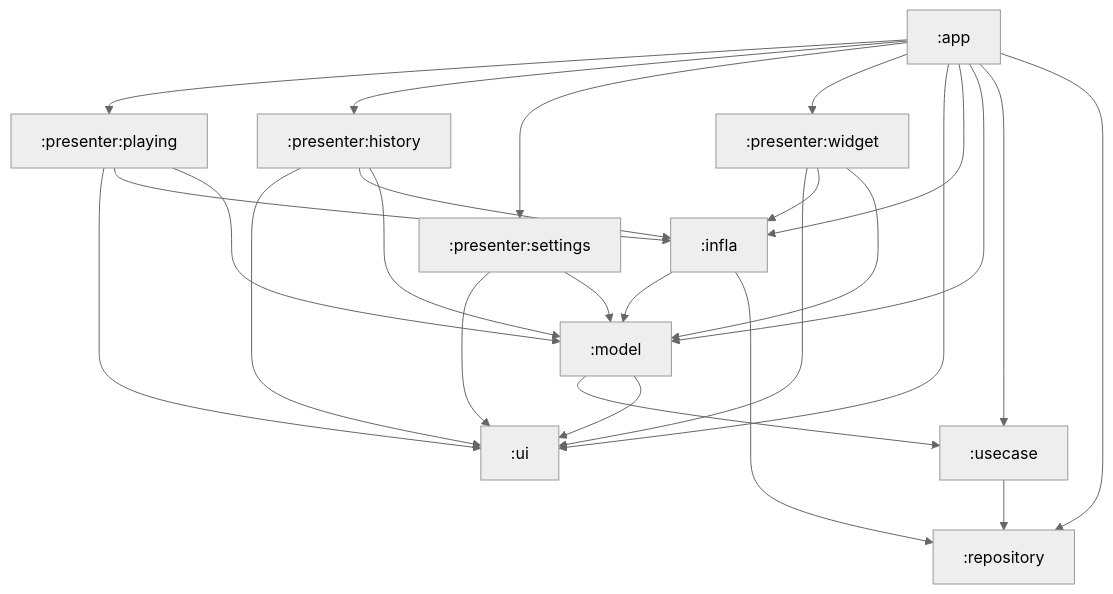
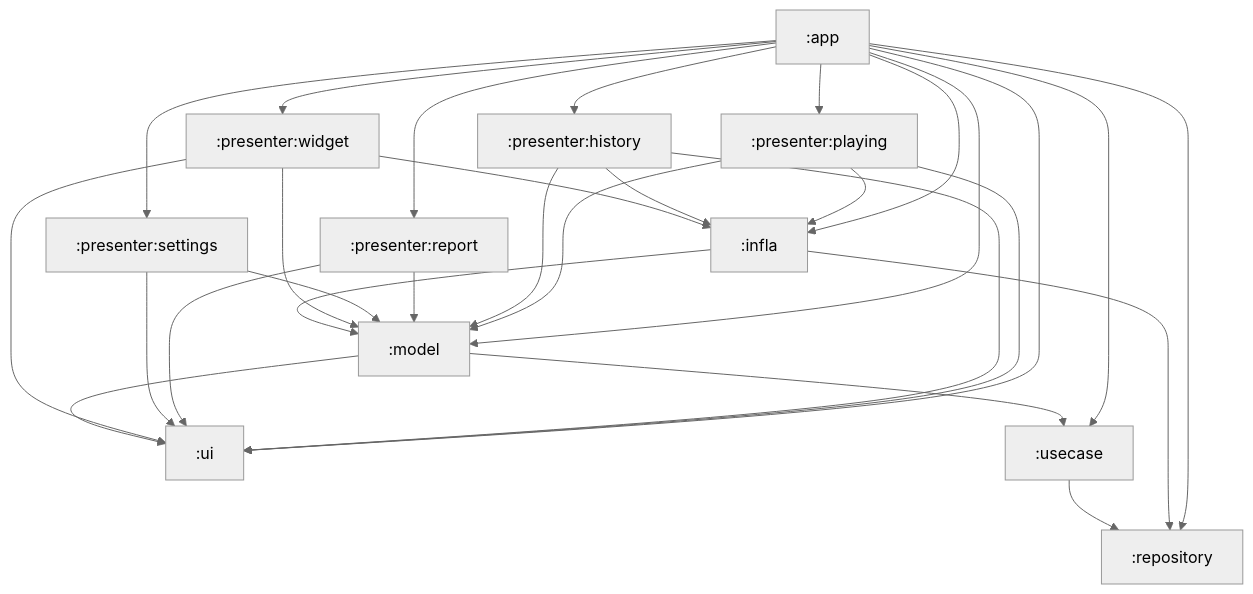
The diagram in docs/architecture.md (SnowDango/sumire), drawn with Mermaid (neutral theme) before and after one commit. The commit also changed other lines of this file and 6 other files, not shown here.

````diff
--- a/docs/architecture.md
+++ b/docs/architecture.md
@@ -48,25 +49,27 @@
 ```mermaid
 graph TD
     app[":app"]
     playing[":presenter:playing"]
     history[":presenter:history"]
+    report[":presenter:report"]
     settings[":presenter:settings"]
     widget[":presenter:widget"]
     ui[":ui"]
     infla[":infla"]
     model[":model"]
     usecase[":usecase"]
     repository[":repository"]
 
-    app --> playing & history & settings & widget
+    app --> playing & history & report & settings & widget
     app --> ui & infla & model & usecase & repository
 
     playing --> ui & infla & model
     history --> ui & infla & model
+    report --> ui & model
     settings --> ui & model
     widget --> ui & infla & model
 
     infla --> model & repository
     model --> usecase & ui
     usecase --> repository
 ```
````
